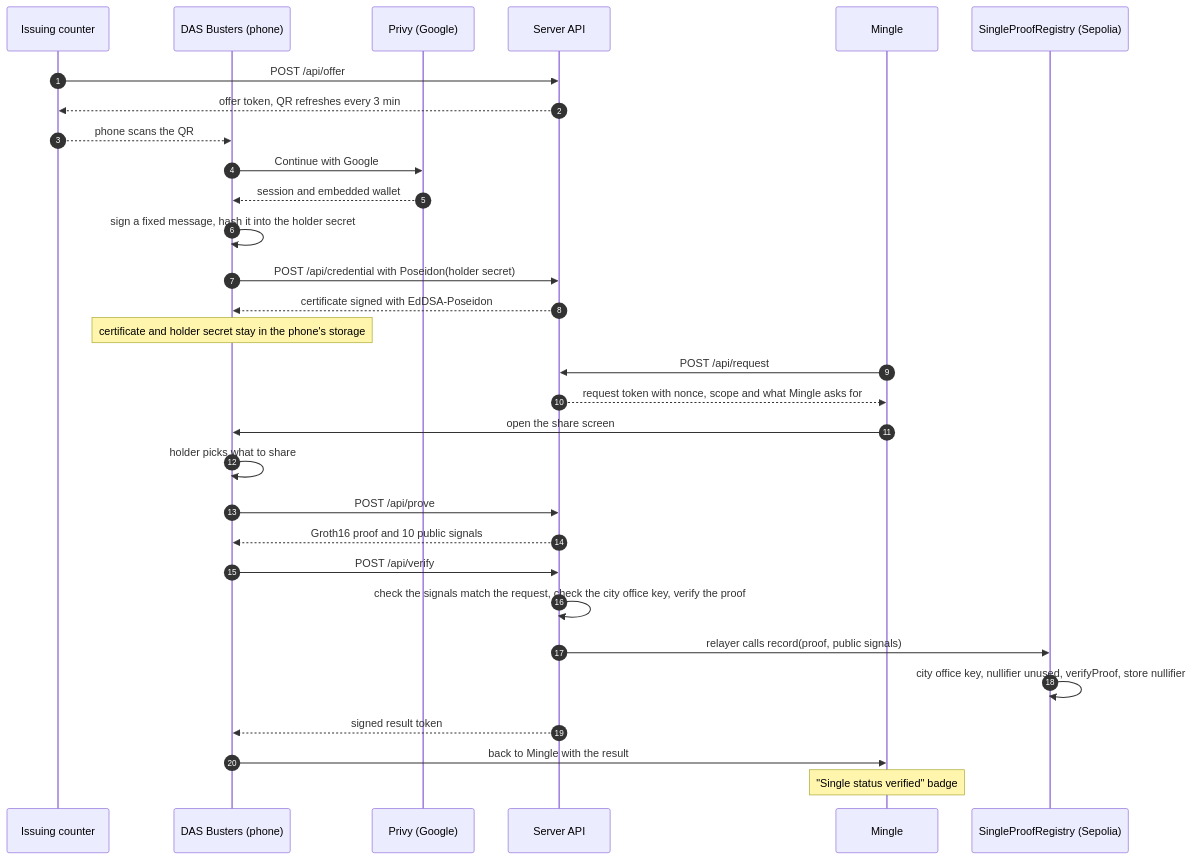
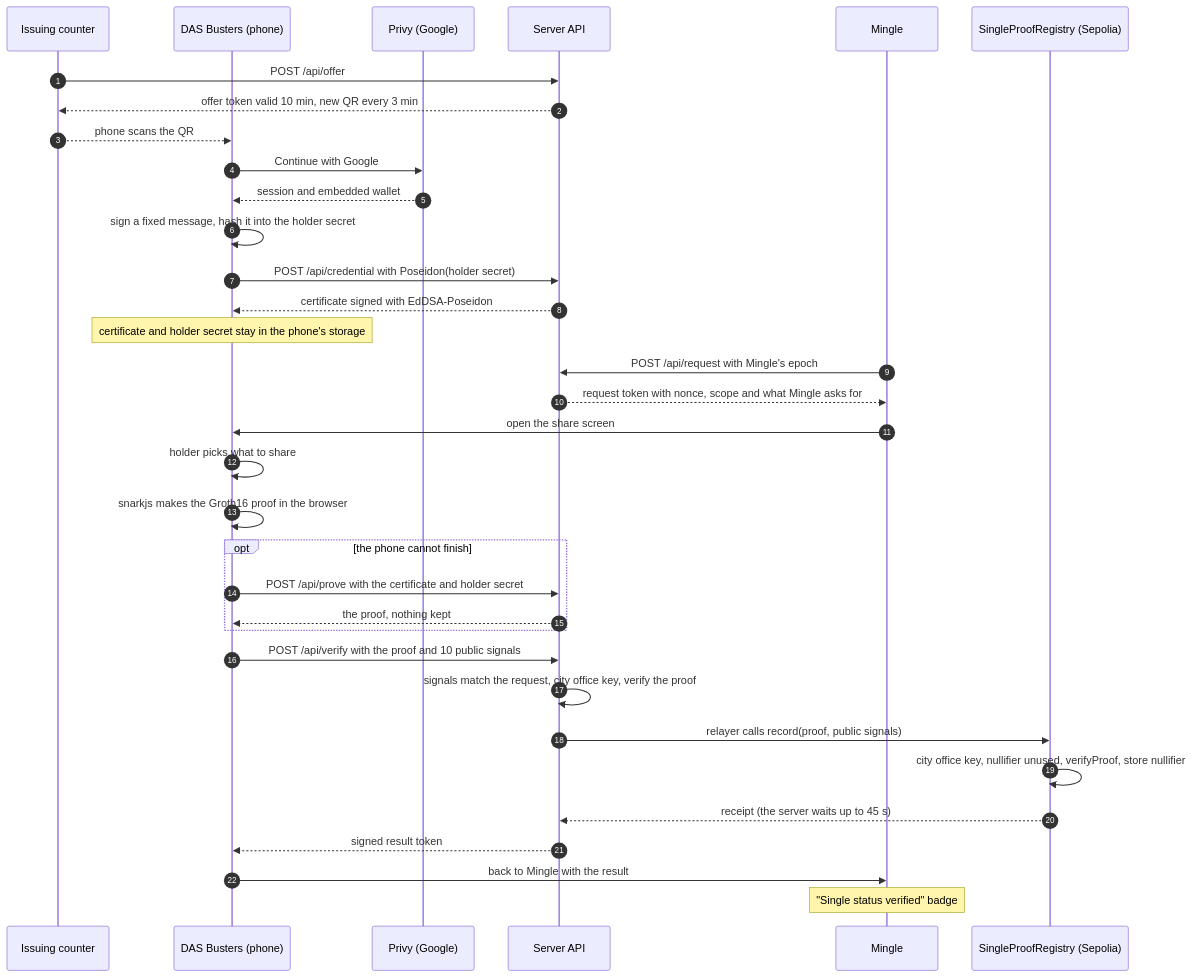
Before and after one commit to CobaltSato/das-busters: the third of 5 diagrams in README.md, drawn with Mermaid. The commit also changed other lines of this file and 1 other file, not shown here.

````diff
--- a/README.md
+++ b/README.md
@@ -56,33 +137,37 @@
 ```mermaid
 sequenceDiagram
   autonumber
   participant C as Issuing counter
   participant W as DAS Busters (phone)
   participant P as Privy (Google)
   participant S as Server API
   participant M as Mingle
   participant R as SingleProofRegistry (Sepolia)
 
   C->>S: POST /api/offer
-  S-->>C: offer token, QR refreshes every 3 min
+  S-->>C: offer token valid 10 min, new QR every 3 min
   C-->>W: phone scans the QR
   W->>P: Continue with Google
   P-->>W: session and embedded wallet
   W->>W: sign a fixed message, hash it into the holder secret
   W->>S: POST /api/credential with Poseidon(holder secret)
   S-->>W: certificate signed with EdDSA-Poseidon
   Note over W: certificate and holder secret stay in the phone's storage
-  M->>S: POST /api/request
+  M->>S: POST /api/request with Mingle's epoch
   S-->>M: request token with nonce, scope and what Mingle asks for
   M->>W: open the share screen
   W->>W: holder picks what to share
-  W->>S: POST /api/prove
-  S-->>W: Groth16 proof and 10 public signals
-  W->>S: POST /api/verify
-  S->>S: check the signals match the request, check the city office key, verify the proof
+  W->>W: snarkjs makes the Groth16 proof in the browser
+  opt the phone cannot finish
+    W->>S: POST /api/prove with the certificate and holder secret
+    S-->>W: the proof, nothing kept
+  end
+  W->>S: POST /api/verify with the proof and 10 public signals
+  S->>S: signals match the request, city office key, verify the proof
   S->>R: relayer calls record(proof, public signals)
   R->>R: city office key, nullifier unused, verifyProof, store nullifier
+  R-->>S: receipt (the server waits up to 45 s)
   S-->>W: signed result token
   W->>M: back to Mingle with the result
   Note over M: "Single status verified" badge
 ```
````
